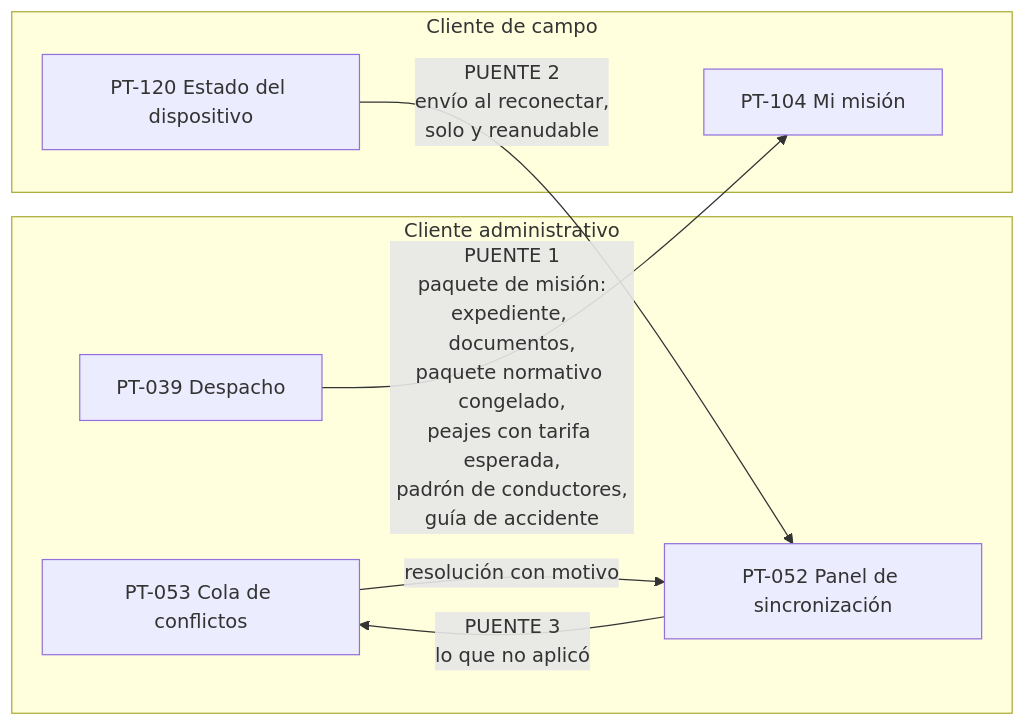
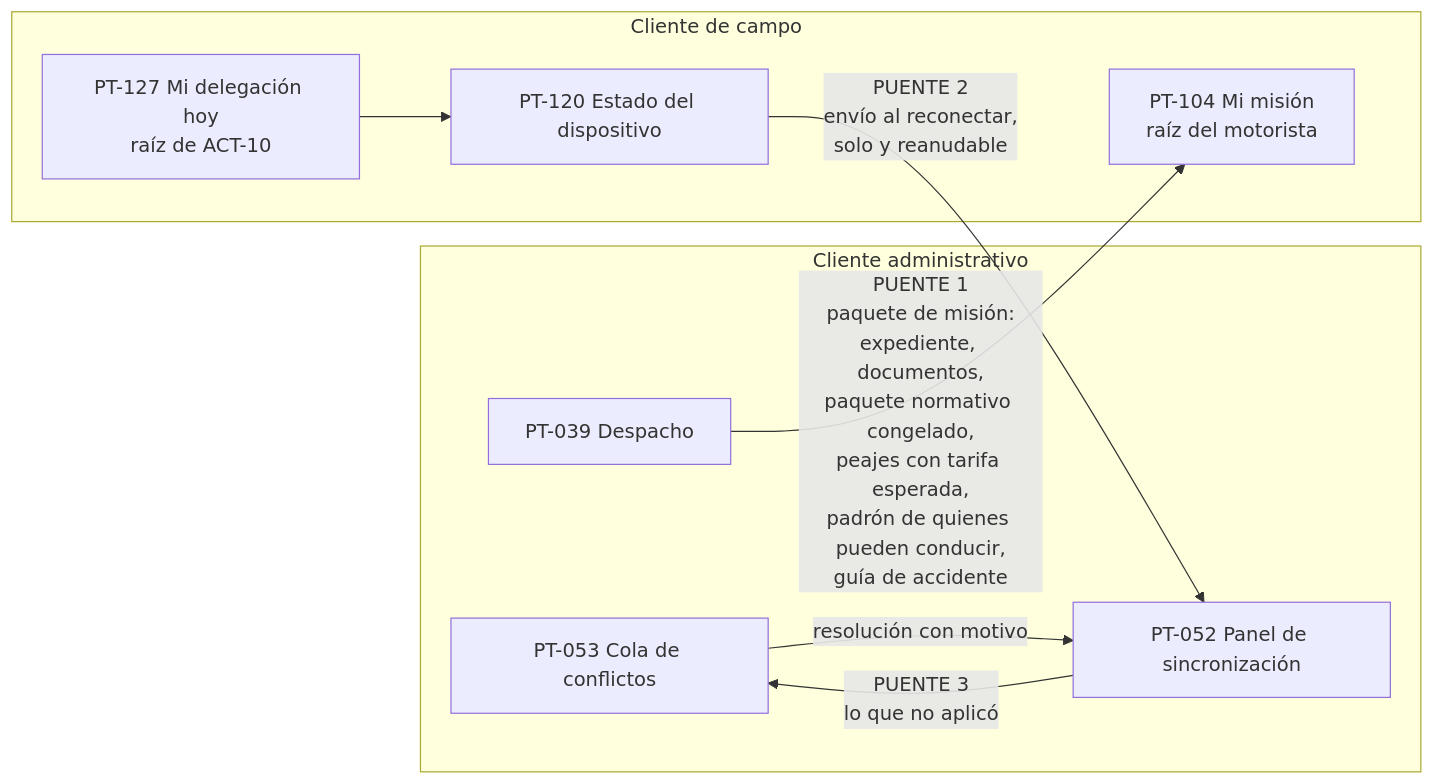
Before and after one commit to LuisDavidToruno/INM_TRANSPORTE: diagram 11 of 11 in docs/04-diseno/mapa-de-navegacion.md, drawn with Mermaid. The commit also changed other lines of this file and 125 other files, not shown here.

````diff
--- a/docs/04-diseno/mapa-de-navegacion.md
+++ b/docs/04-diseno/mapa-de-navegacion.md
@@ -614,18 +692,20 @@
 ```mermaid
 flowchart LR
     subgraph ADM["Cliente administrativo"]
         A1["PT-039 Despacho"]
         A2["PT-053 Cola de conflictos"]
         A3["PT-052 Panel de sincronización"]
     end
 
     subgraph CMP["Cliente de campo"]
-        B1["PT-104 Mi misión"]
+        B1["PT-104 Mi misión<br/>raíz del motorista"]
         B2["PT-120 Estado del dispositivo"]
+        B3["PT-127 Mi delegación hoy<br/>raíz de ACT-10"]
     end
 
-    A1 -->|"PUENTE 1<br/>paquete de misión:<br/>expediente, documentos,<br/>paquete normativo congelado,<br/>peajes con tarifa esperada,<br/>padrón de conductores,<br/>guía de accidente"| B1
+    B3 --> B2
+    A1 -->|"PUENTE 1<br/>paquete de misión:<br/>expediente, documentos,<br/>paquete normativo congelado,<br/>peajes con tarifa esperada,<br/>padrón de quienes pueden conducir,<br/>guía de accidente"| B1
     B2 -->|"PUENTE 2<br/>envío al reconectar,<br/>solo y reanudable"| A3
     A3 -->|"PUENTE 3<br/>lo que no aplicó"| A2
     A2 -->|"resolución con motivo"| A3
 ```
````
